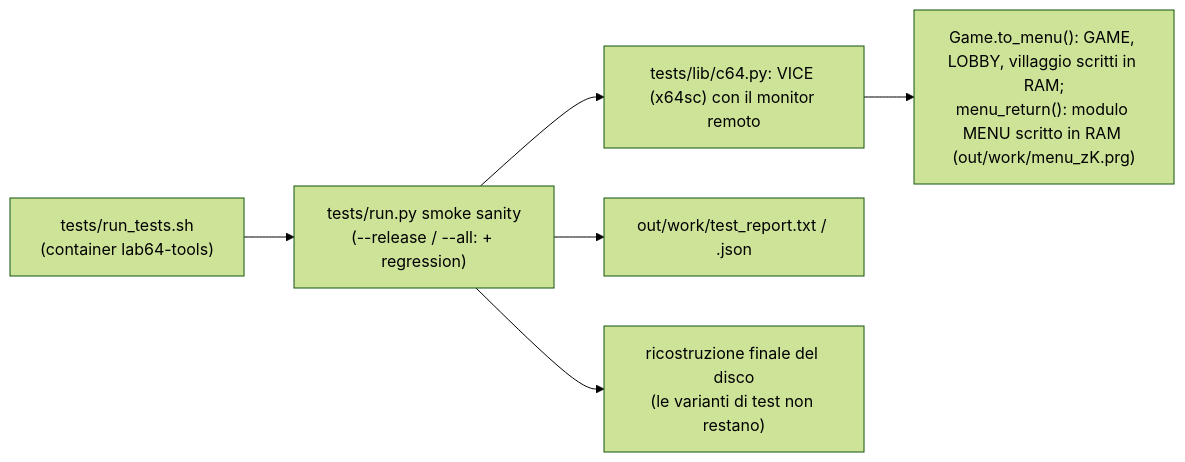
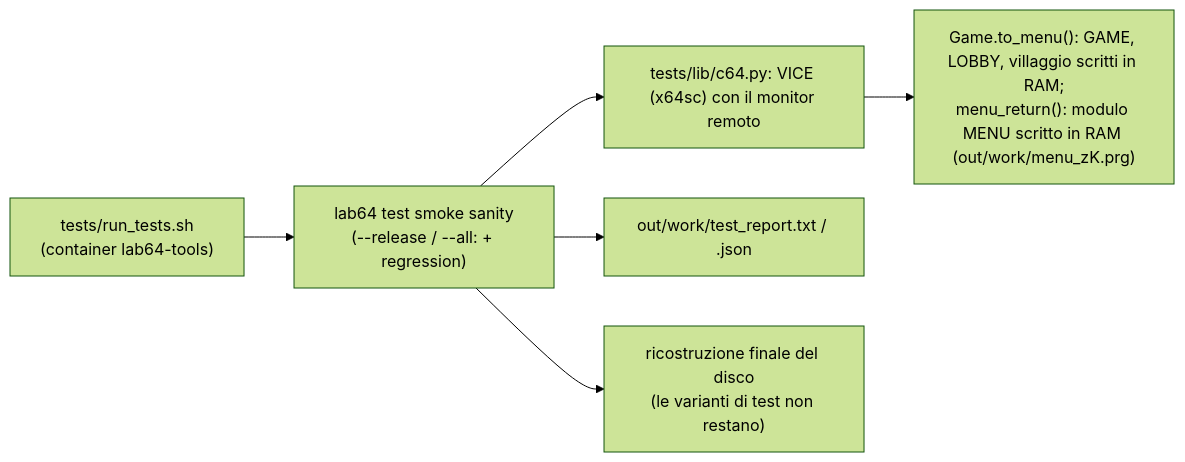
One commit to caporalesimone/barbarian-the-blood-path changed the fourth of 4 diagrams in docs/build.md. Above: the diagram before and after it, drawn with Mermaid (forest theme). The commit also changed other lines of this file and 78 other files, not shown here.

````diff
--- a/docs/build.md
+++ b/docs/build.md
@@ -185,8 +185,8 @@
 ```mermaid
 flowchart LR
-    RT["tests/run_tests.sh<br/>(container lab64-tools)"] --> RU["tests/run.py smoke sanity<br/>(--release / --all: + regression)"]
+    RT["tests/run_tests.sh<br/>(container lab64-tools)"] --> RU["lab64 test smoke sanity<br/>(--release / --all: + regression)"]
     RU --> LIB["tests/lib/c64.py: VICE (x64sc) con il monitor remoto"]
     LIB --> FAST["Game.to_menu(): GAME, LOBBY, villaggio scritti in RAM;<br/>menu_return(): modulo MENU scritto in RAM (out/work/menu_zK.prg)"]
     RU --> REP["out/work/test_report.txt / .json"]
     RU --> FIN["ricostruzione finale del disco<br/>(le varianti di test non restano)"]
 ```
````
